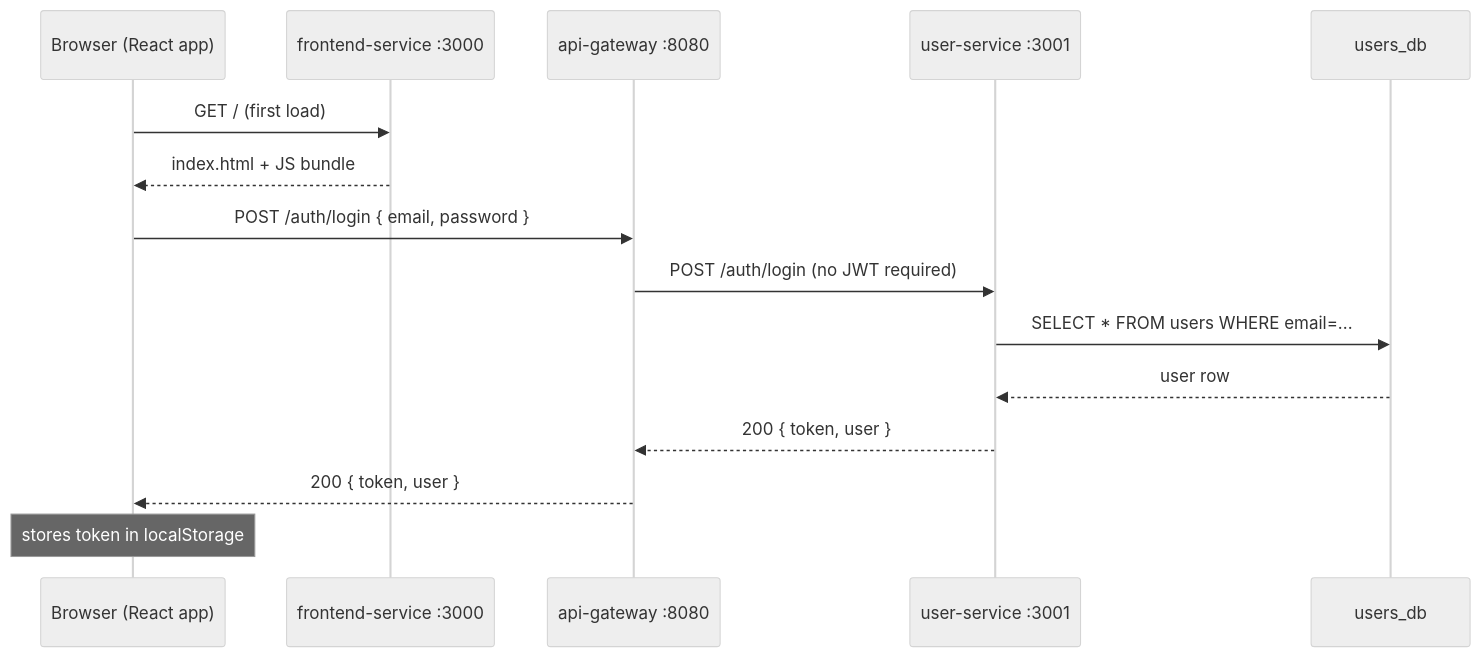
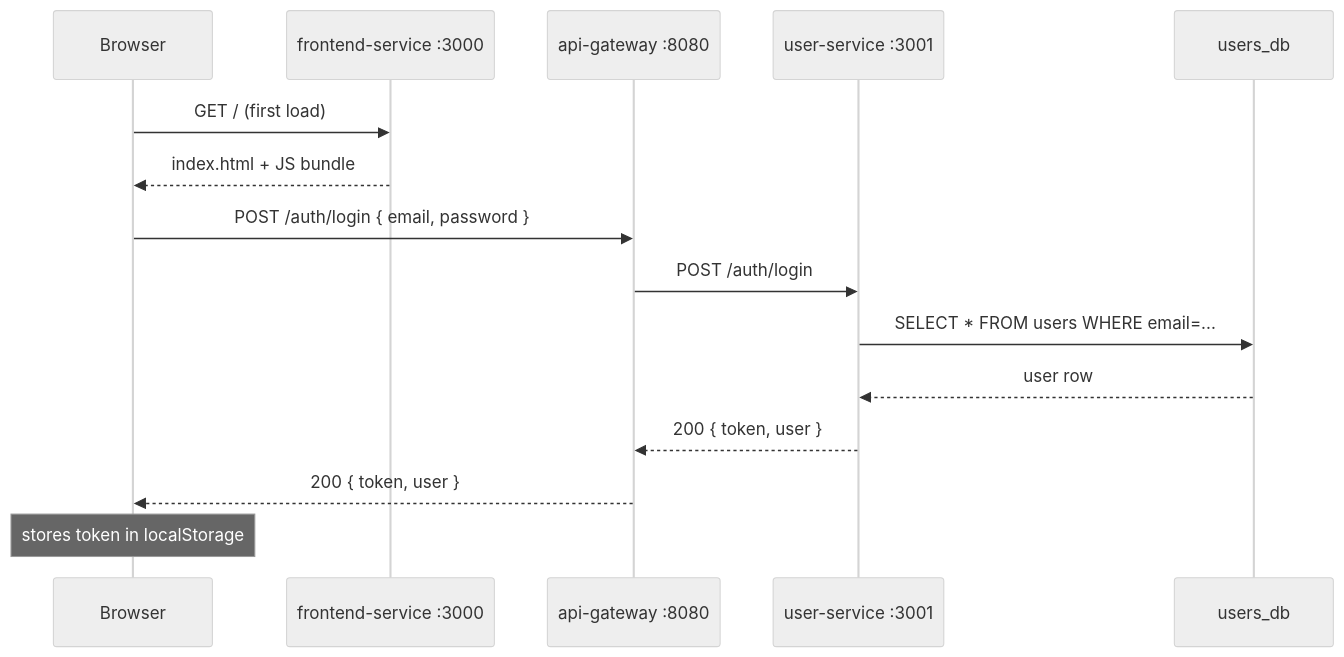
Before and after one commit to walterdmt88-taskmanager/docs: the third of 4 diagrams in docs/architecture.md, drawn with Mermaid (neutral theme). The commit also changed other lines of this file and 3 other files, not shown here.

````diff
--- a/docs/architecture.md
+++ b/docs/architecture.md
@@ -41,18 +82,18 @@
 ```mermaid
 sequenceDiagram
-  participant B as Browser (React app)
+  participant B as Browser
   participant FE as frontend-service :3000
   participant GW as api-gateway :8080
   participant US as user-service :3001
   participant DB as users_db
 
   B->>FE: GET / (first load)
   FE-->>B: index.html + JS bundle
   B->>GW: POST /auth/login { email, password }
-  GW->>US: POST /auth/login (no JWT required)
+  GW->>US: POST /auth/login
   US->>DB: SELECT * FROM users WHERE email=...
   DB-->>US: user row
   US-->>GW: 200 { token, user }
   GW-->>B: 200 { token, user }
   Note over B: stores token in localStorage
 ```
````
